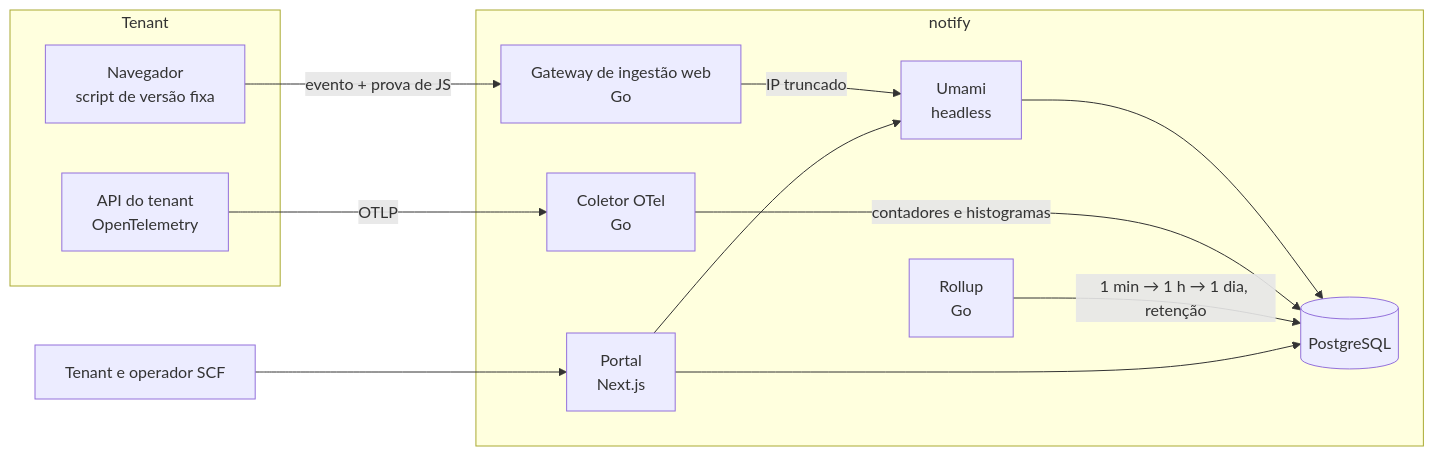
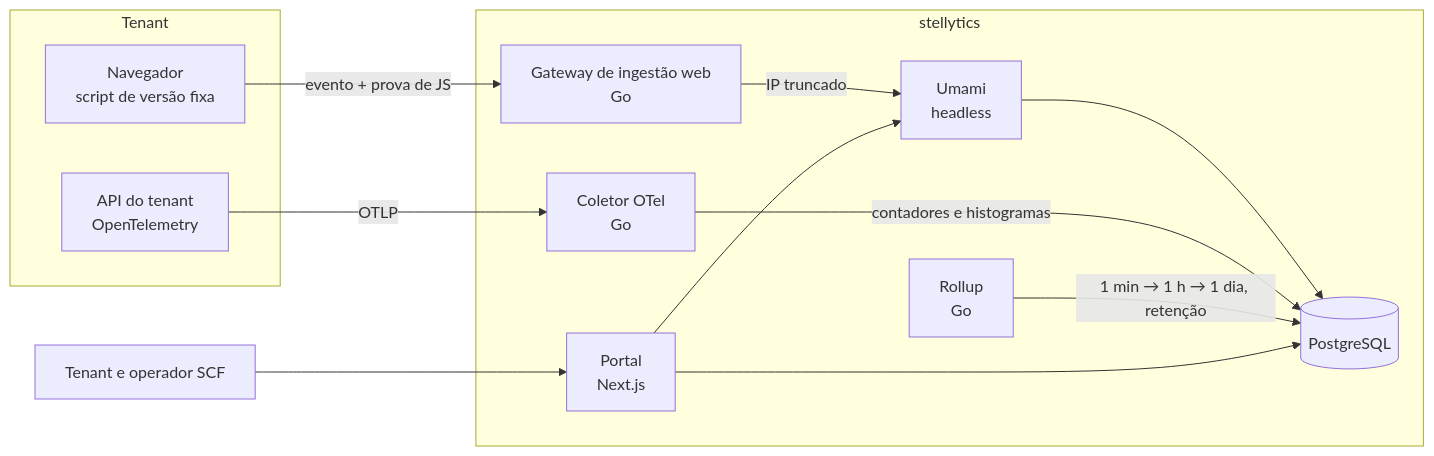
Before and after one commit to manucadev81/stellytics: the diagram in README.md, drawn with Mermaid. The commit also changed other lines of this file and 139 other files, not shown here.

First line of the commit message:
docs: rename notify to stellytics across the repository

````diff
--- a/README.md
+++ b/README.md
@@ -36,26 +36,26 @@
 ```mermaid
 flowchart LR
   subgraph Tenant
     B[Navegador<br/>script de versão fixa]
     A[API do tenant<br/>OpenTelemetry]
   end
 
-  subgraph notify
+  subgraph stellytics
     G[Gateway de ingestão web<br/>Go]
     U[Umami<br/>headless]
     C[Coletor OTel<br/>Go]
     R[Rollup<br/>Go]
     P[Portal<br/>Next.js]
     PG[(PostgreSQL)]
   end
 
   B -->|evento + prova de JS| G
   G -->|IP truncado| U
   A -->|OTLP| C
   U --> PG
   C -->|contadores e histogramas| PG
   R -->|1 min → 1 h → 1 dia, retenção| PG
   P --> U
   P --> PG
   T[Tenant e operador SCF] --> P
 ```
````
